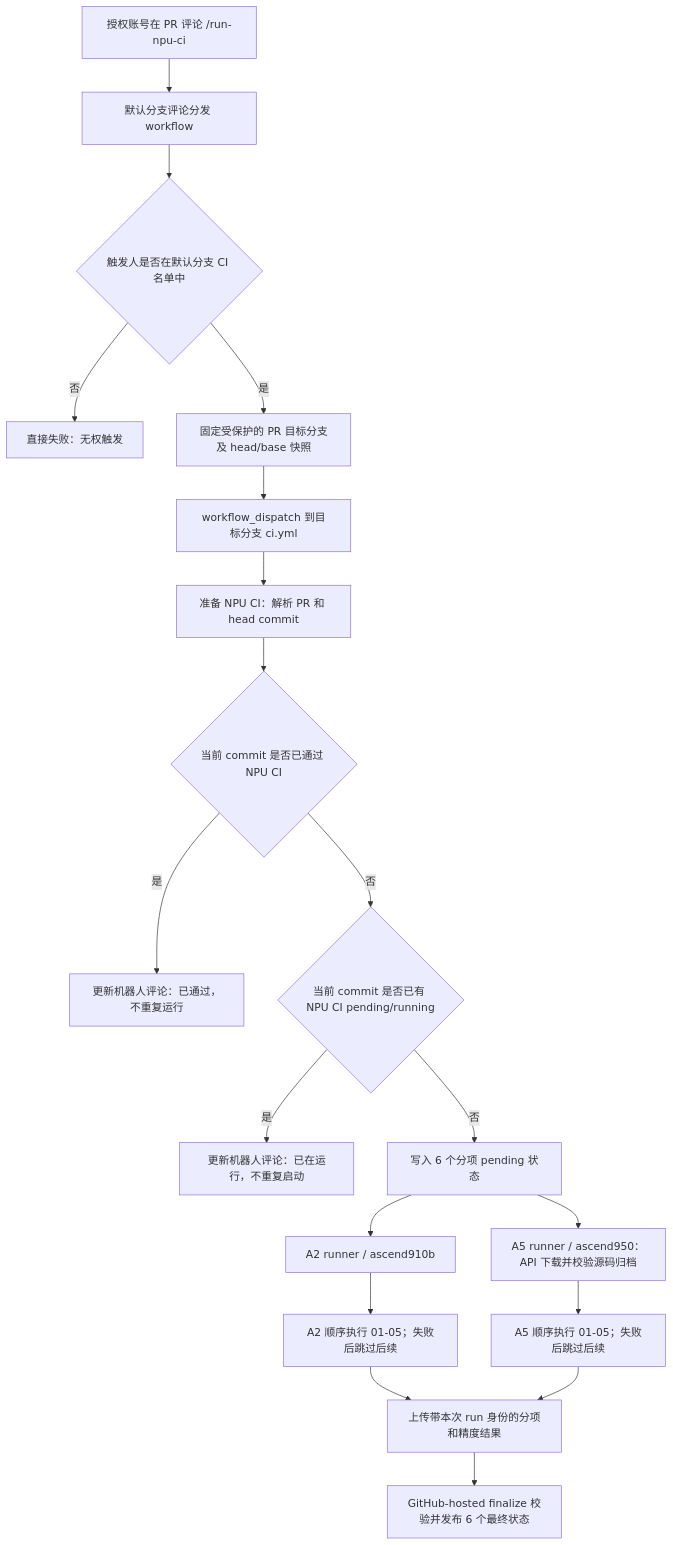
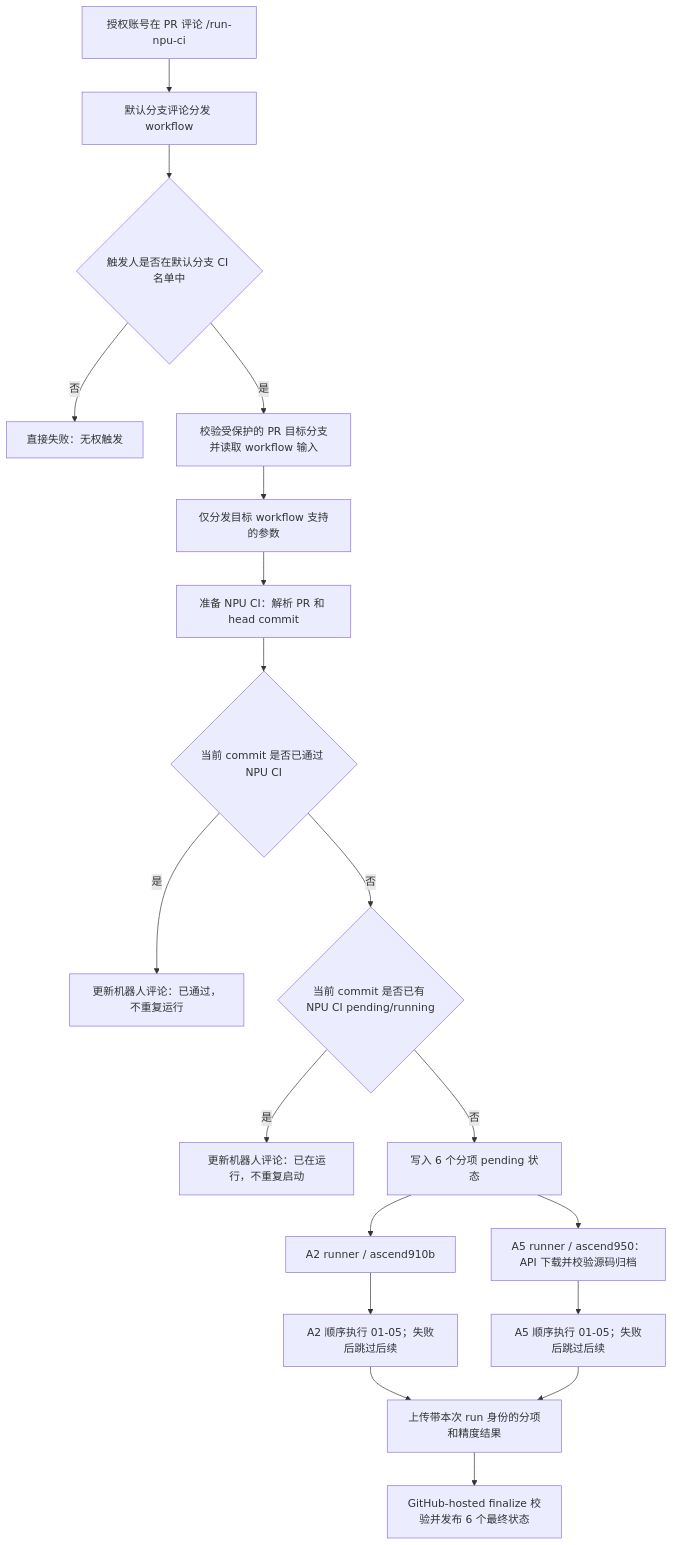
One commit to flashserve/flash-linear-attention-npu changed the second of 4 diagrams in docs/Fla-npu仓CI部署教程.md. Above: the diagram before and after it, drawn with Mermaid. The commit also changed other lines of this file and 6 other files, not shown here.

````diff
--- a/docs/Fla-npu仓CI部署教程.md
+++ b/docs/Fla-npu仓CI部署教程.md
@@ -103,21 +103,21 @@
 ```mermaid
 flowchart TD
     A["授权账号在 PR 评论 /run-npu-ci"] --> B["默认分支评论分发 workflow"]
     B --> C{"触发人是否在默认分支 CI 名单中"}
     C -- "否" --> D["直接失败：无权触发"]
-    C -- "是" --> E["固定受保护的 PR 目标分支及 head/base 快照"]
-    E --> F["workflow_dispatch 到目标分支 ci.yml"]
+    C -- "是" --> E["校验受保护的 PR 目标分支并读取 workflow 输入"]
+    E --> F["仅分发目标 workflow 支持的参数"]
     F --> G["准备 NPU CI：解析 PR 和 head commit"]
     G --> H{"当前 commit 是否已通过 NPU CI"}
     H -- "是" --> I["更新机器人评论：已通过，不重复运行"]
     H -- "否" --> J{"当前 commit 是否已有 NPU CI pending/running"}
     J -- "是" --> K["更新机器人评论：已在运行，不重复启动"]
     J -- "否" --> L["写入 6 个分项 pending 状态"]
     L --> M["A2 runner / ascend910b"]
     L --> N["A5 runner / ascend950：API 下载并校验源码归档"]
     M --> O["A2 顺序执行 01-05；失败后跳过后续"]
     N --> P["A5 顺序执行 01-05；失败后跳过后续"]
     O --> Q["上传带本次 run 身份的分项和精度结果"]
     P --> Q
     Q --> R["GitHub-hosted finalize 校验并发布 6 个最终状态"]
 ```
````
